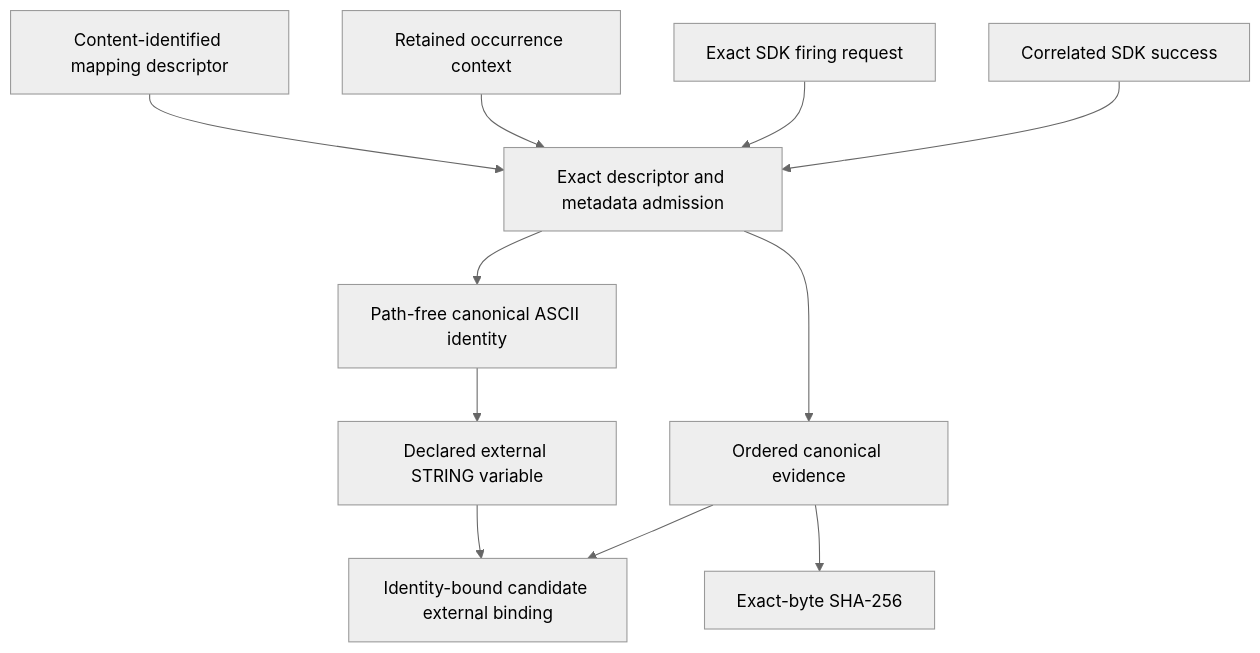
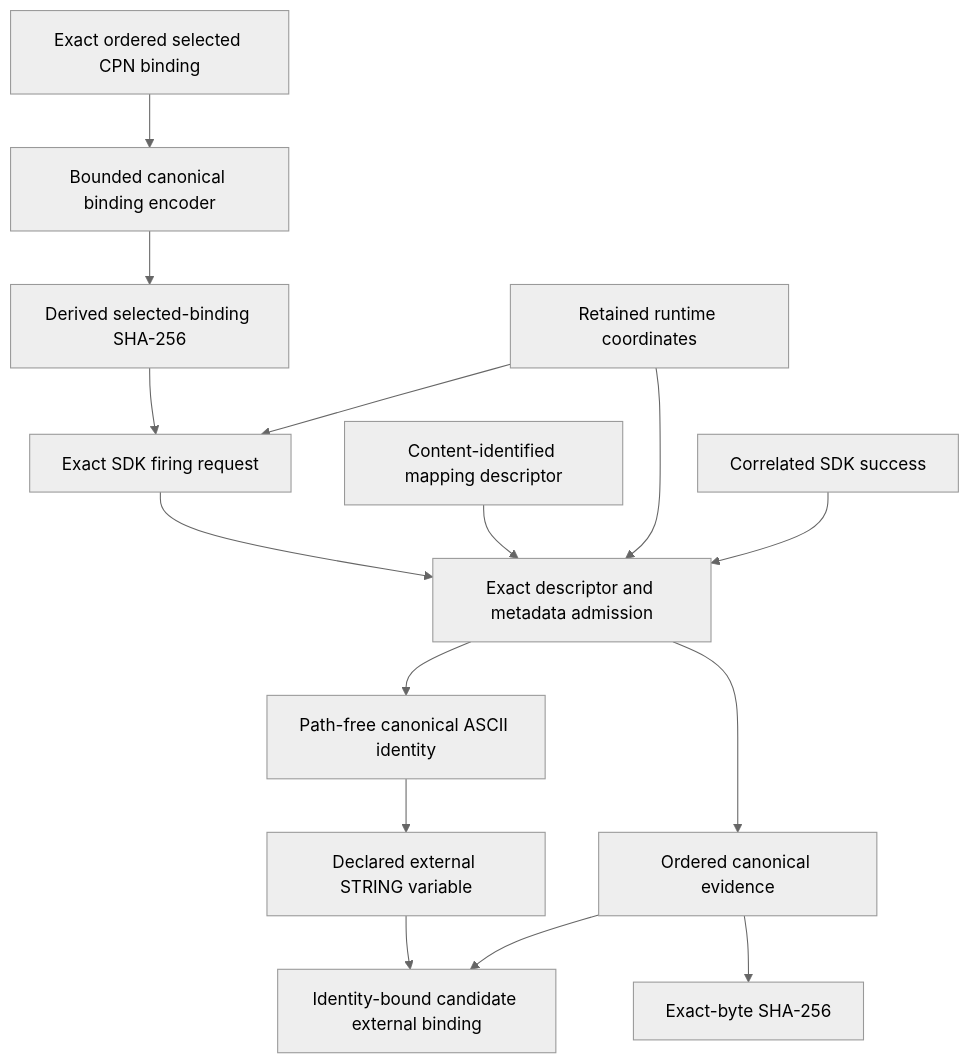
One commit to eragasa/projectkoios-workflow changed the diagram in docs/architecture/projectkoios/workflow/sdk/actions/TransitionActionBinding/schematic.md. Above: the diagram before and after it, drawn with Mermaid (neutral theme). The commit also changed 10 other files, not shown here.

Commit message:
feat: derive SDK requests from selected CPN bindings

````diff
--- a/docs/architecture/projectkoios/workflow/sdk/actions/TransitionActionBinding/schematic.md
+++ b/docs/architecture/projectkoios/workflow/sdk/actions/TransitionActionBinding/schematic.md
@@ -5,24 +5,31 @@
 ```mermaid
 flowchart TD
+    B[Exact ordered selected CPN binding]
+    K[Bounded canonical binding encoder]
+    D[Derived selected-binding SHA-256]
+    C[Retained runtime coordinates]
+    Q[Exact SDK firing request]
     M[Content-identified mapping descriptor]
-    C[Retained occurrence context]
-    Q[Exact SDK firing request]
     R[Correlated SDK success]
     A[Exact descriptor and metadata admission]
     I[Path-free canonical ASCII identity]
     V[Declared external STRING variable]
     E[Ordered canonical evidence]
     H[Exact-byte SHA-256]
     X[Identity-bound candidate external binding]
 
+    B --> K
+    K --> D
+    D --> Q
+    C --> Q
+    Q --> A
     M --> A
     C --> A
-    Q --> A
     R --> A
     A --> I
     I --> V
     V --> X
     A --> E
     E --> H
     E --> X
 ```
````
